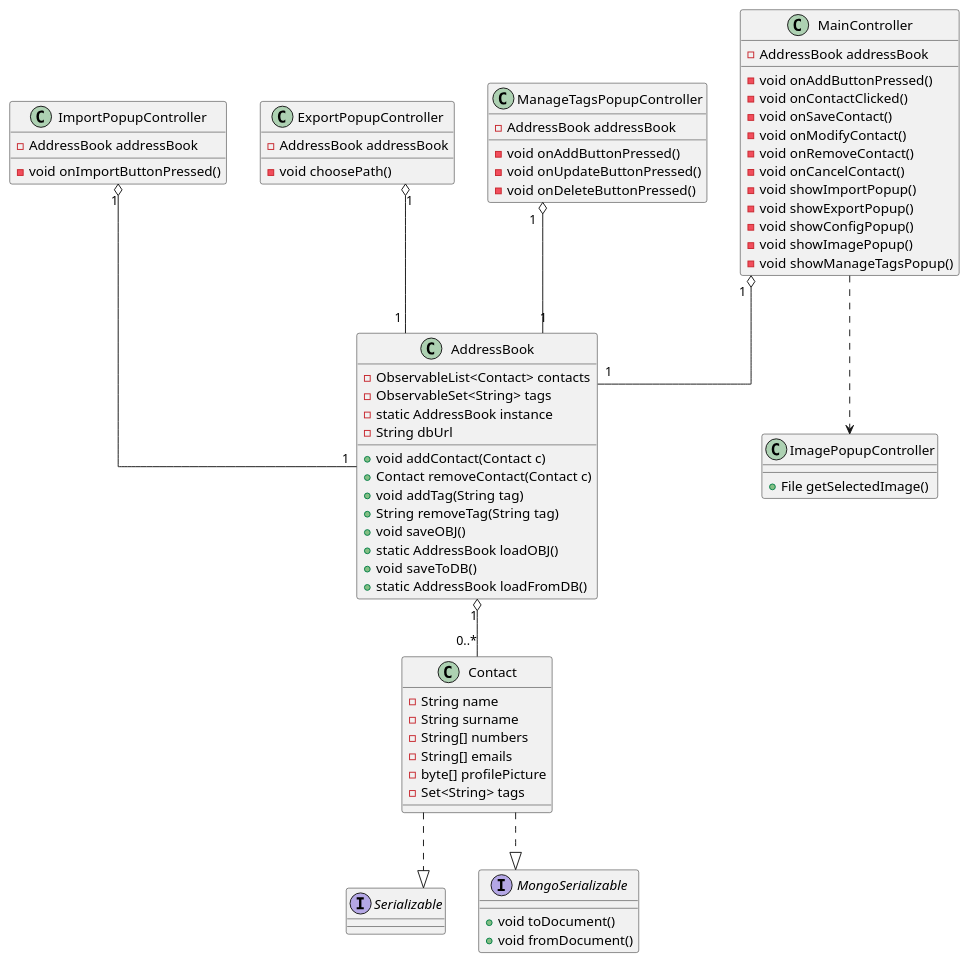
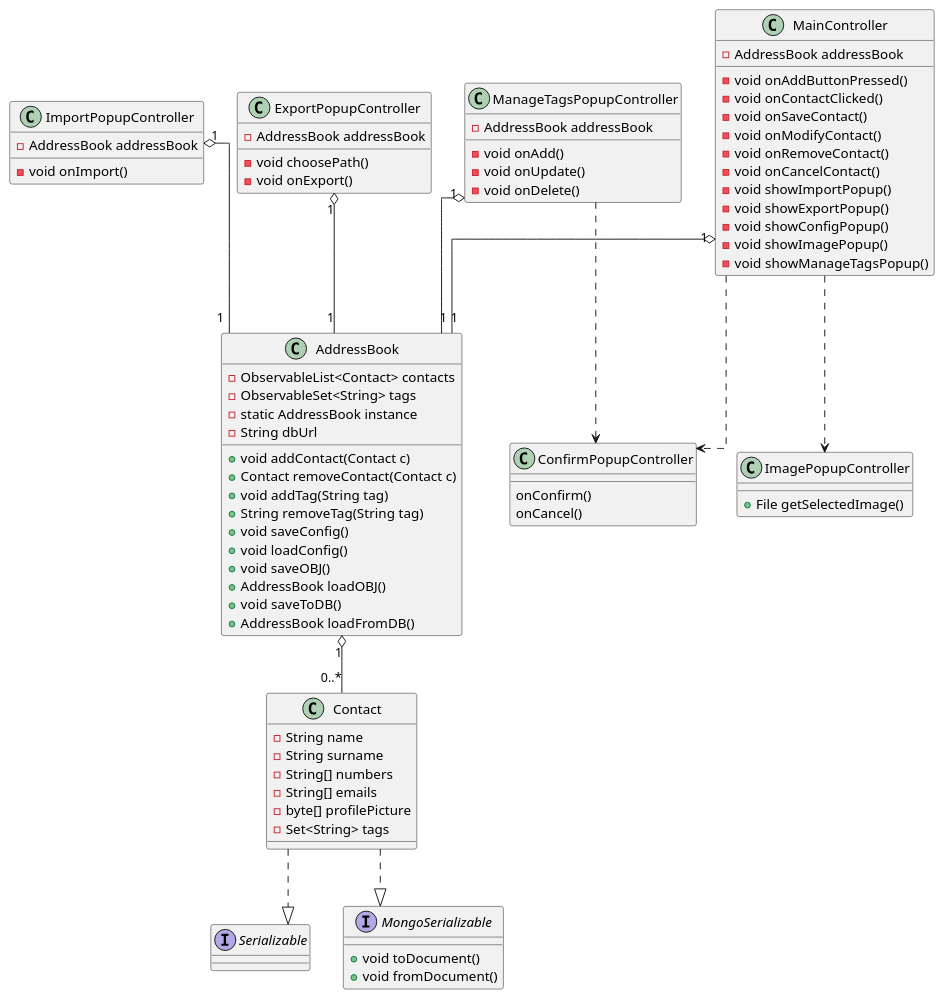
One commit to savaava/ProgettoRubrica changed the diagram in documenti/diagrammaClassiEssenziale.puml. Above: the diagram before and after it, drawn with PlantUML. The commit also changed 1 other file, not shown here.

Commit message:
refactor dei diagrammi di classe

```diff
--- a/documenti/diagrammaClassiEssenziale.puml
+++ b/documenti/diagrammaClassiEssenziale.puml
@@ -1,80 +1,90 @@
 @startuml DiagrammaDelleClassiEssenziale
 skinparam linetype ortho
 'top to bottom direction
 
 class Contact {
     - String name 
     - String surname 
     - String[] numbers
     - String[] emails
     - byte[] profilePicture
     - Set<String> tags   
 }
 
 interface Serializable 
 interface MongoSerializable {
     +void toDocument() 
     +void fromDocument()
 }
 Contact ..|> MongoSerializable
 Contact ..|> Serializable
 
 class AddressBook {
     - ObservableList<Contact> contacts
     - ObservableSet<String> tags
     - static AddressBook instance
     - String dbUrl 
     + void addContact(Contact c)
     + Contact removeContact(Contact c)
     + void addTag(String tag)
     + String removeTag(String tag)
+    + void saveConfig()
+    + void loadConfig()
     + void saveOBJ()
-    + static AddressBook loadOBJ()
+    + AddressBook loadOBJ()
     + void saveToDB()
-    + static AddressBook loadFromDB()    
+    + AddressBook loadFromDB()    
 }
 AddressBook "1" o-- "0..*" Contact
 
 class MainController {
     - AddressBook addressBook
 
     - void onAddButtonPressed()
     - void onContactClicked()
     - void onSaveContact()
     - void onModifyContact()
     - void onRemoveContact()
     - void onCancelContact()
     - void showImportPopup()
     - void showExportPopup()
     - void showConfigPopup()
     - void showImagePopup()
     - void showManageTagsPopup()
 }
 MainController "1" o-- "1" AddressBook
 
 class ImportPopupController {
     - AddressBook addressBook
-    - void onImportButtonPressed()
+    - void onImport()
 }
 ImportPopupController "1" o-- "1" AddressBook
 
 class ExportPopupController {
     - AddressBook addressBook
     - void choosePath()
+    - void onExport()
 }
 ExportPopupController "1" o-- "1" AddressBook
 
 class ManageTagsPopupController {
     - AddressBook addressBook
-    - void onAddButtonPressed()
-    - void onUpdateButtonPressed()
-    - void onDeleteButtonPressed()
+    - void onAdd()
+    - void onUpdate()
+    - void onDelete()
 }
 ManageTagsPopupController "1" o-- "1" AddressBook
 
 class ImagePopupController {
     + File getSelectedImage()
 }
 MainController ..> ImagePopupController
 
+class ConfirmPopupController {
+    onConfirm()
+    onCancel()
+}
+MainController ..> ConfirmPopupController
+ManageTagsPopupController ..> ConfirmPopupController
+
 @enduml
```
